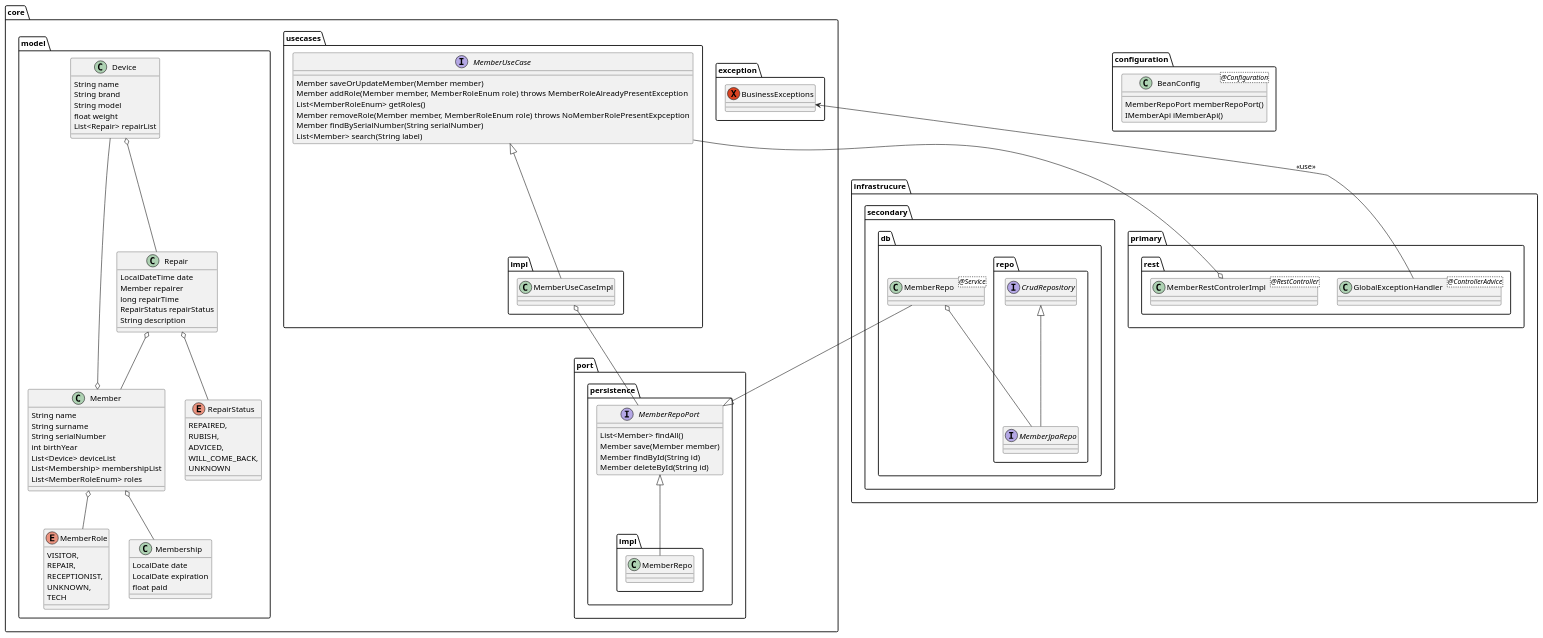
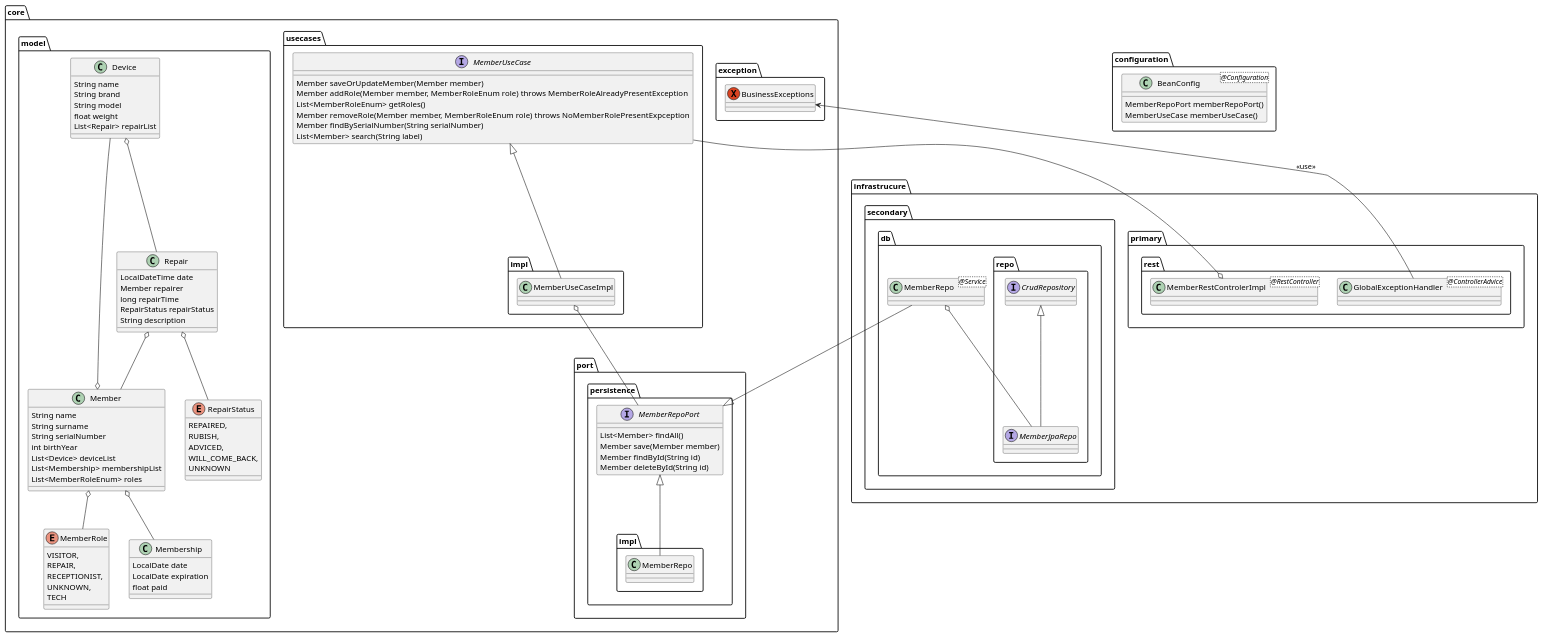
The diagram in doc/RepaireCafeHexagonalStructure.puml (YohannCaby/repaircafe-hexagonal-springboot), drawn with PlantUML before and after one commit. The commit also changed 40 other files, not shown here.

```diff
--- a/doc/RepaireCafeHexagonalStructure.puml
+++ b/doc/RepaireCafeHexagonalStructure.puml
@@ -1,116 +1,116 @@
 @startuml
 'https://plantuml.com/class-diagram
 
 package "core.port.persistence"{
     interface MemberRepoPort{
         List<Member> findAll()
         Member save(Member member)
         Member findById(String id)
         Member deleteById(String id)
     }
 
     package "core.port.persistence.impl"{
         class MemberRepo
     }
     MemberRepoPort <|-- MemberRepo
 }
 package "core.usecases"{
     interface MemberUseCase{
             Member saveOrUpdateMember(Member member)
             Member addRole(Member member, MemberRoleEnum role) throws MemberRoleAlreadyPresentException
             List<MemberRoleEnum> getRoles()
             Member removeRole(Member member, MemberRoleEnum role) throws NoMemberRolePresentExpception
             Member findBySerialNumber(String serialNumber)
             List<Member> search(String label)
     }
     package "core.usecases.impl"{
         class MemberUseCaseImpl
     }
 
     MemberUseCase <|-- MemberUseCaseImpl
     MemberUseCaseImpl o-- MemberRepoPort
 }
 package "core.exception" {
     exception BusinessExceptions
 }
 package "core.model"{
     class Device{
         String name
         String brand
         String model
         float weight
         List<Repair> repairList
     }
     class Member{
         String name
         String surname
         String serialNumber
         int birthYear
         List<Device> deviceList
         List<Membership> membershipList
         List<MemberRoleEnum> roles
     }
     class Membership{
         LocalDate date
         LocalDate expiration
         float paid
     }
     class Repair{
         LocalDateTime date
         Member repairer
         long repairTime
         RepairStatus repairStatus
         String description
     }
     enum RepairStatus{
         REPAIRED,
         RUBISH,
         ADVICED,
         WILL_COME_BACK,
         UNKNOWN
         }
     enum MemberRole{
         VISITOR,
         REPAIR,
         RECEPTIONIST,
         UNKNOWN,
         TECH
     }
 
     Repair o-- RepairStatus
     Repair o-- Member
 
     Member o-- MemberRole
     Member o-- Membership
     Member o-- Device
 
     Device o-- Repair
 }
 
 
 
 package "infrastrucure.primary.rest"{
     class MemberRestControlerImpl<@RestController>
     class GlobalExceptionHandler<@ControllerAdvice>
     MemberRestControlerImpl o-- MemberUseCase
     BusinessExceptions <-- GlobalExceptionHandler : <<use>>
 }
 
 package "infrastrucure.secondary.db"{
     class MemberRepo<@Service>
     package "infrastrucure.secondary.db.repo"{
         interface MemberJpaRepo
         interface CrudRepository
         CrudRepository <|-- MemberJpaRepo
     }
     MemberRepo o-- MemberJpaRepo
 
     MemberRepoPort <|-- MemberRepo
 }
 package "configuration"{
     class BeanConfig<@Configuration>{
         MemberRepoPort memberRepoPort()
-        IMemberApi iMemberApi()
+        MemberUseCase memberUseCase()
     }
 }
 @enduml
```
